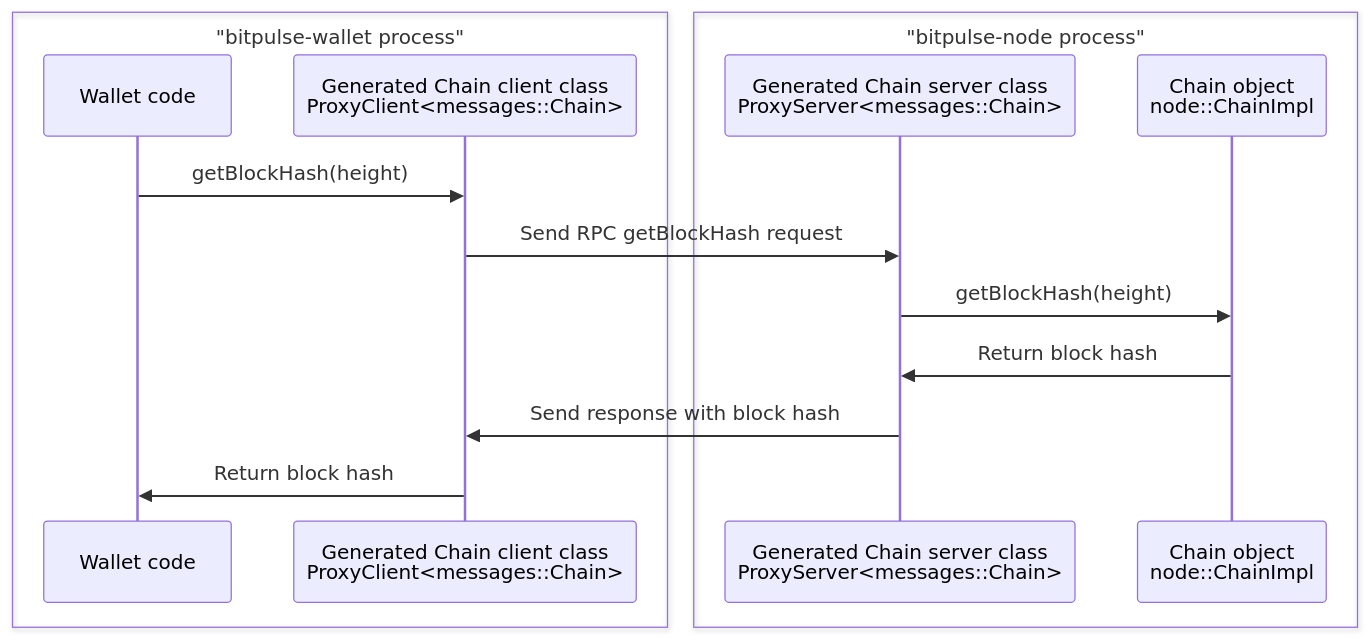
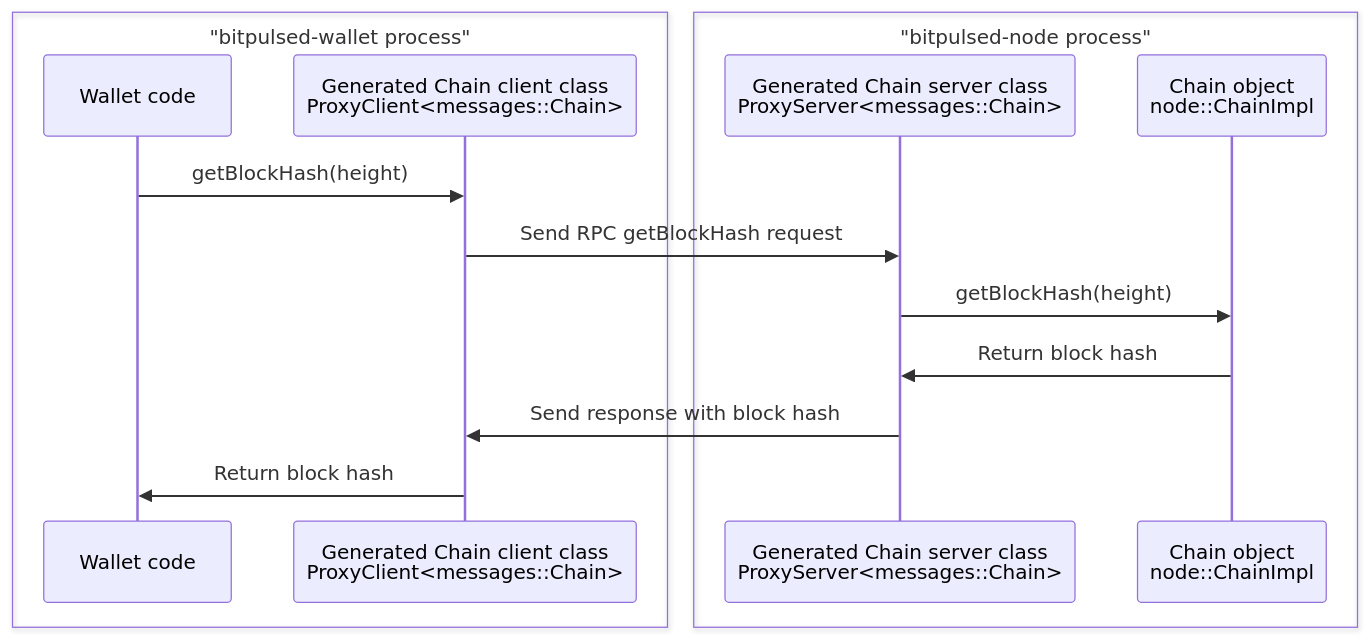
One commit to BigOunceChristo/bitpulse changed the third of 3 diagrams in doc/design/multiprocess.md. Above: the diagram before and after it, drawn with Mermaid. The commit also changed other lines of this file and 1929 other files, not shown here.

````diff
--- a/doc/design/multiprocess.md
+++ b/doc/design/multiprocess.md
@@ -163,18 +163,18 @@
 ```mermaid
 sequenceDiagram
-    box "bitpulse-wallet process"
+    box "bitpulsed-wallet process"
     participant WalletCode as Wallet code
     participant ChainClient as Generated Chain client class<br/>ProxyClient<messages::Chain>
     end
-    box "bitpulse-node process"
+    box "bitpulsed-node process"
     participant ChainServer as Generated Chain server class<br/>ProxyServer<messages::Chain>
     participant LocalChain as Chain object<br/>node::ChainImpl
     end
 
     WalletCode->>ChainClient: getBlockHash(height)
     ChainClient->>ChainServer: Send RPC getBlockHash request
     ChainServer->>LocalChain: getBlockHash(height)
     LocalChain->>ChainServer: Return block hash
     ChainServer->>ChainClient: Send response with block hash
     ChainClient->>WalletCode: Return block hash
 ```
````
